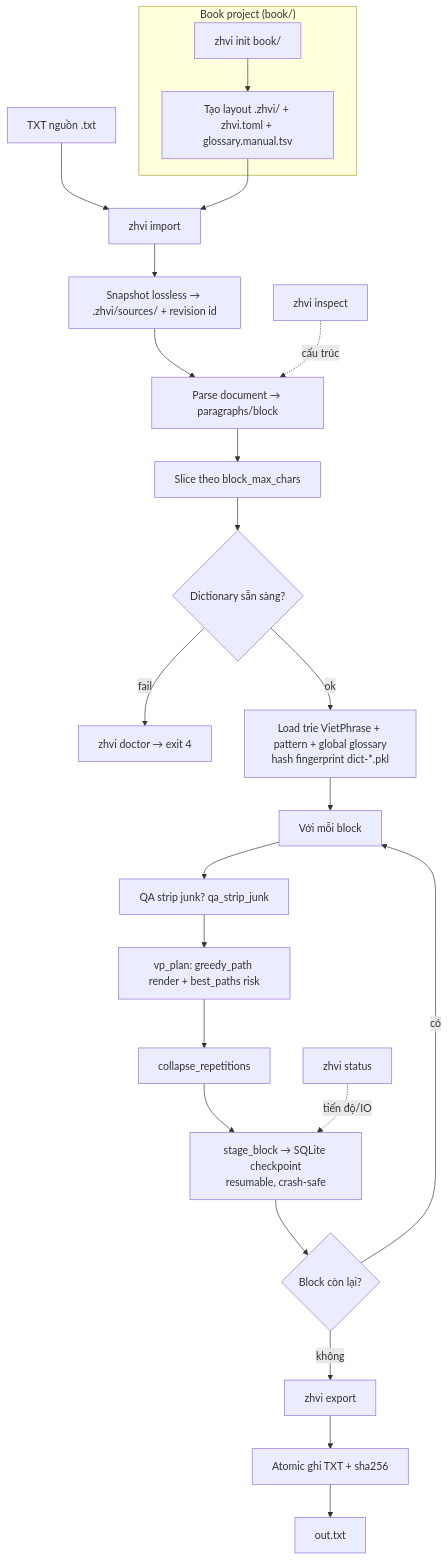
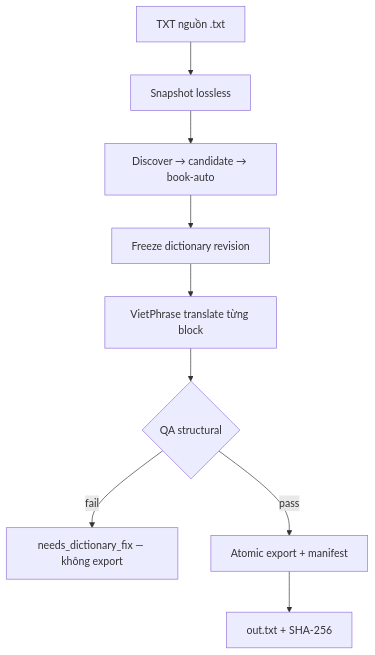
Before and after one commit to falcol/NgheTruyen: the diagram in zhvi/README.md, drawn with Mermaid. The commit also changed other lines of this file and 5 other files, not shown here.

First line of the commit message:
feat(zhvi): wire LEARN into translate CLI

````diff
--- a/zhvi/README.md
+++ b/zhvi/README.md
@@ -19,33 +21,12 @@
 ```mermaid
 flowchart TD
-    src[TXT nguồn .txt] --> import
-
-    subgraph Project ["Book project (book/)"]
-        init[zhvi init book/] --> layout[Tạo layout .zhvi/ + zhvi.toml + glossary.manual.tsv]
-    end
-    layout --> import
-
-    import[zhvi import] --> snap[Snapshot lossless → .zhvi/sources/ + revision id]
-    snap --> parse[Parse document → paragraphs/block]
-    parse --> slice[Slice theo block_max_chars]
-
-    slice --> preflight{Dictionary sẵn sàng?}
-    preflight -->|fail| doc[zhvi doctor → exit 4]
-
-    preflight -->|ok| dict[Load trie VietPhrase + pattern + global glossary<br/>hash fingerprint dict-*.pkl]
-    dict --> block
-
-    block[Với mỗi block] --> qa[QA strip junk? qa_strip_junk]
-    qa --> vp[vp_plan: greedy_path render + best_paths risk]
-    vp --> arep[collapse_repetitions]
-    arep --> commit[stage_block → SQLite checkpoint<br/>resumable, crash-safe]
-    commit --> next{Block còn lại?}
-    next -->|có| block
-    next -->|không| export
-
-    export[zhvi export] --> atom[Atomic ghi TXT + sha256]
-    atom --> out[out.txt]
-
-    status[zhvi status] -.tiến độ/IO.-> commit
-    inspect[zhvi inspect] -.cấu trúc.-> parse
+    src[TXT nguồn .txt] --> snap
+    snap[Snapshot lossless] --> learn
+    learn[Discover → candidate → book-auto] --> freeze
+    freeze[Freeze dictionary revision] --> vp
+    vp[VietPhrase translate từng block] --> qa
+    qa{QA structural}
+    qa -->|fail| fix[needs_dictionary_fix — không export]
+    qa -->|pass| export[Atomic export + manifest]
+    export --> out[out.txt + SHA-256]
 ```
````
